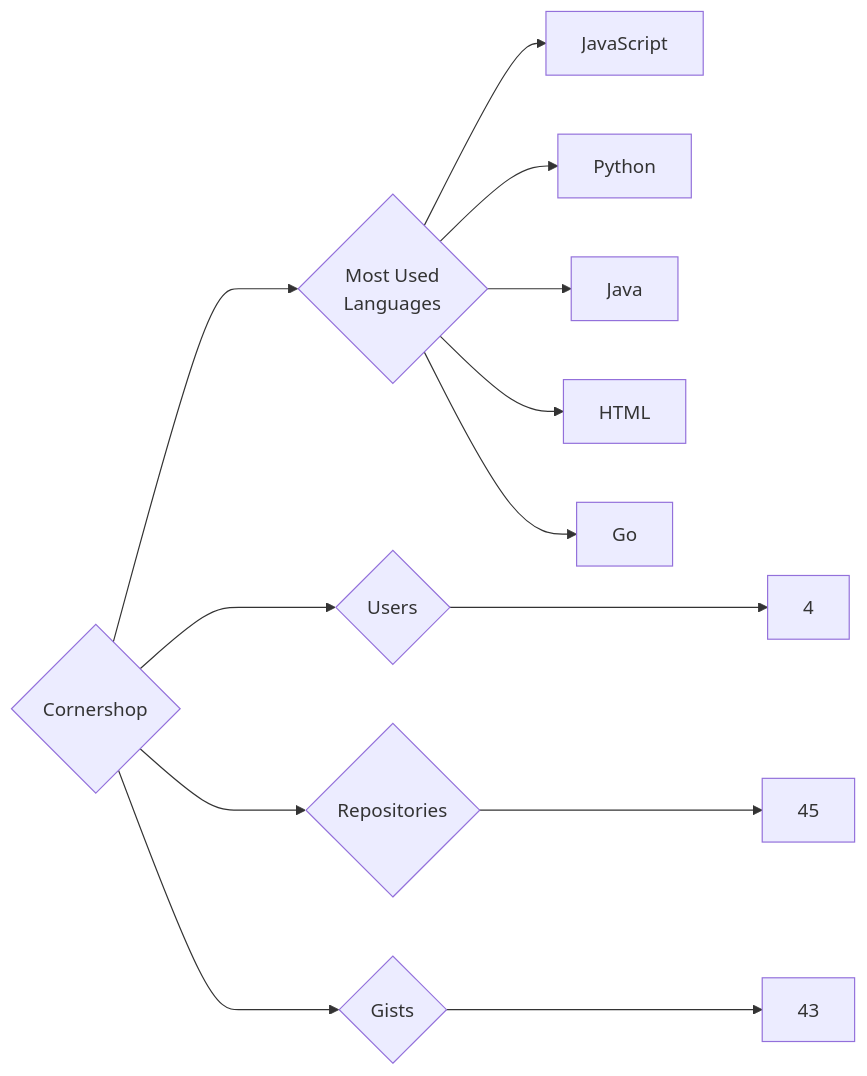
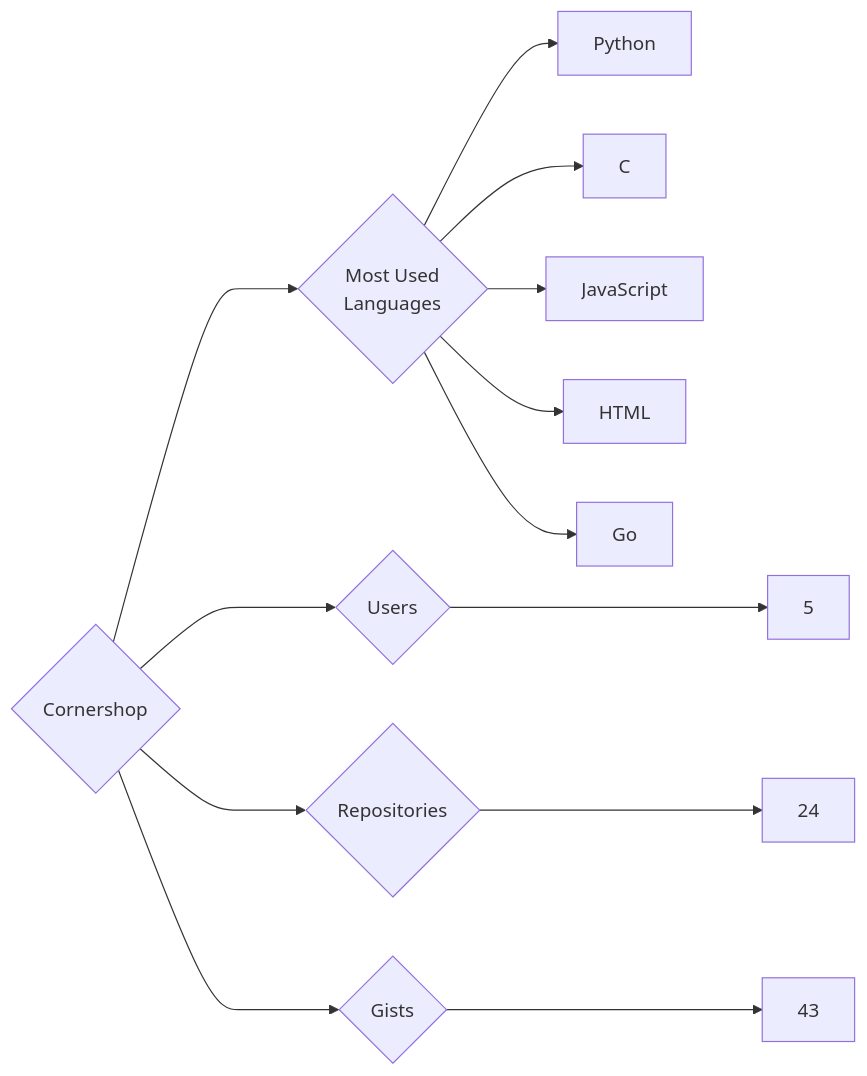
One commit to trickest/insiders changed the diagram in targets/Cornershop/README.md. Above: the diagram before and after it, drawn with Mermaid. The commit also changed 1092 other files, not shown here.

````diff
--- a/targets/Cornershop/README.md
+++ b/targets/Cornershop/README.md
@@ -3,13 +3,13 @@
 ```mermaid
 graph LR
 COMPANY_NAME{Cornershop}
-COMPANY_NAME ---> U{Users} ---> UN[4]
-COMPANY_NAME ---> R{Repositories} ---> RN[45]
+COMPANY_NAME ---> U{Users} ---> UN[5]
+COMPANY_NAME ---> R{Repositories} ---> RN[24]
 COMPANY_NAME ---> G{Gists} ---> GN[43]
 COMPANY_NAME ---> ML{Most Used<br>Languages}
+ML --> Python[Python]
+ML --> C[C]
 ML --> JavaScript[JavaScript]
-ML --> Python[Python]
-ML --> Java[Java]
 ML --> HTML[HTML]
 ML --> Go[Go]
 ```
````
